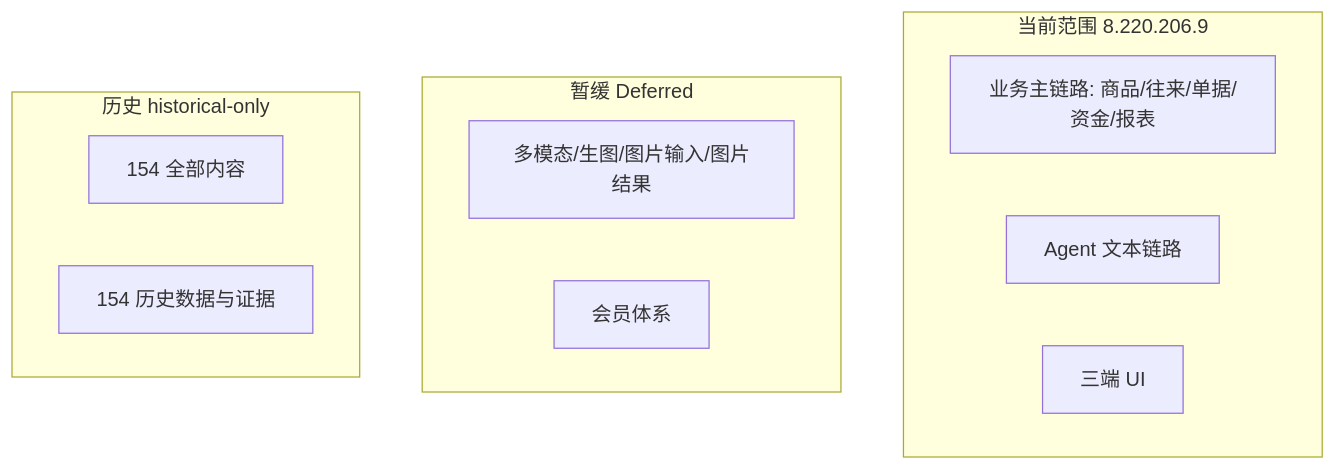
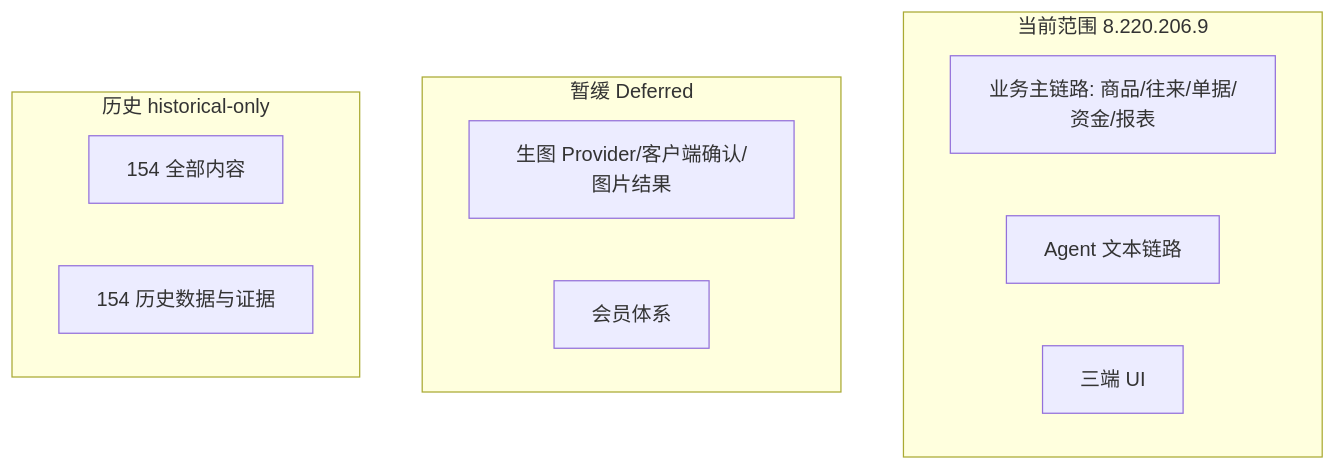
Before and after one commit to sxyq/mastergoods: the diagram in docs/01_业务需求/业务范围与暂缓事项.md, drawn with Mermaid. The commit also changed other lines of this file and 12 other files, not shown here.

````diff
--- a/docs/01_业务需求/业务范围与暂缓事项.md
+++ b/docs/01_业务需求/业务范围与暂缓事项.md
@@ -51,16 +51,16 @@
 ```mermaid
 flowchart TB
     subgraph CURRENT[当前范围 8.220.206.9]
         C1[业务主链路: 商品/往来/单据/资金/报表]
         C2[Agent 文本链路]
         C3[三端 UI]
     end
     subgraph DEF[暂缓 Deferred]
-        D1[多模态/生图/图片输入/图片结果]
+        D1[生图 Provider/客户端确认/图片结果]
         D2[会员体系]
     end
     subgraph HIST[历史 historical-only]
         H1[154 全部内容]
         H2[154 历史数据与证据]
     end
 ```
````
